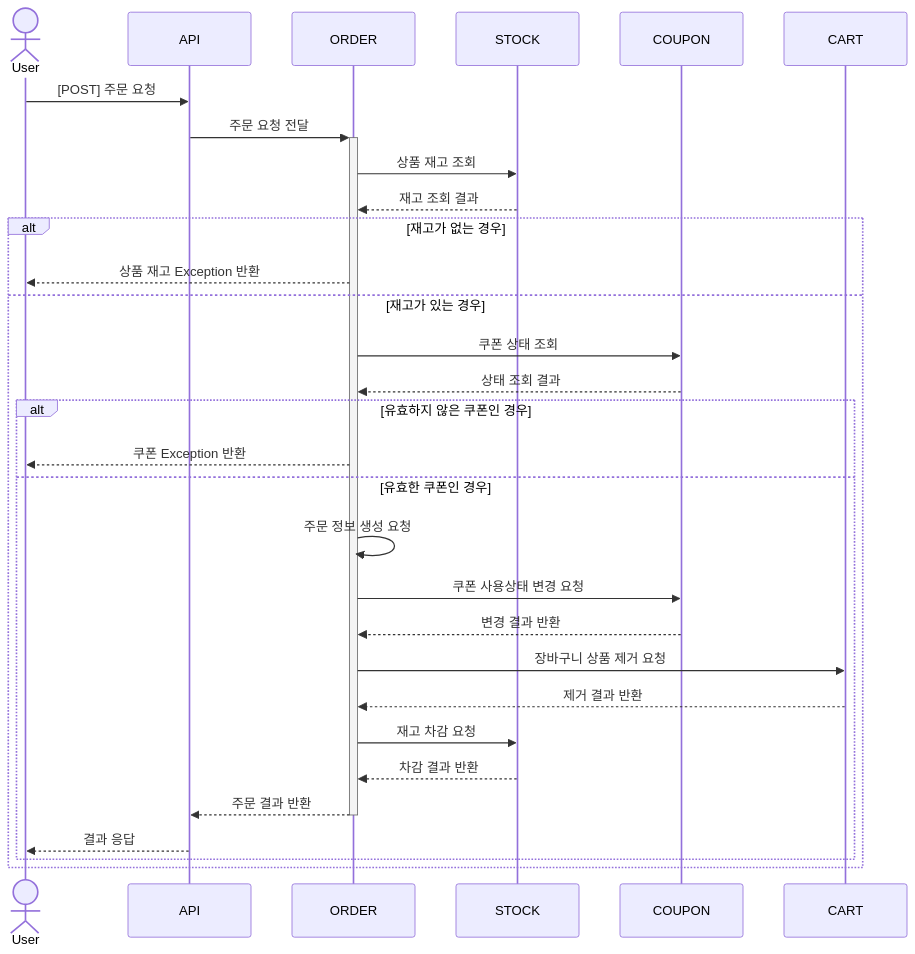
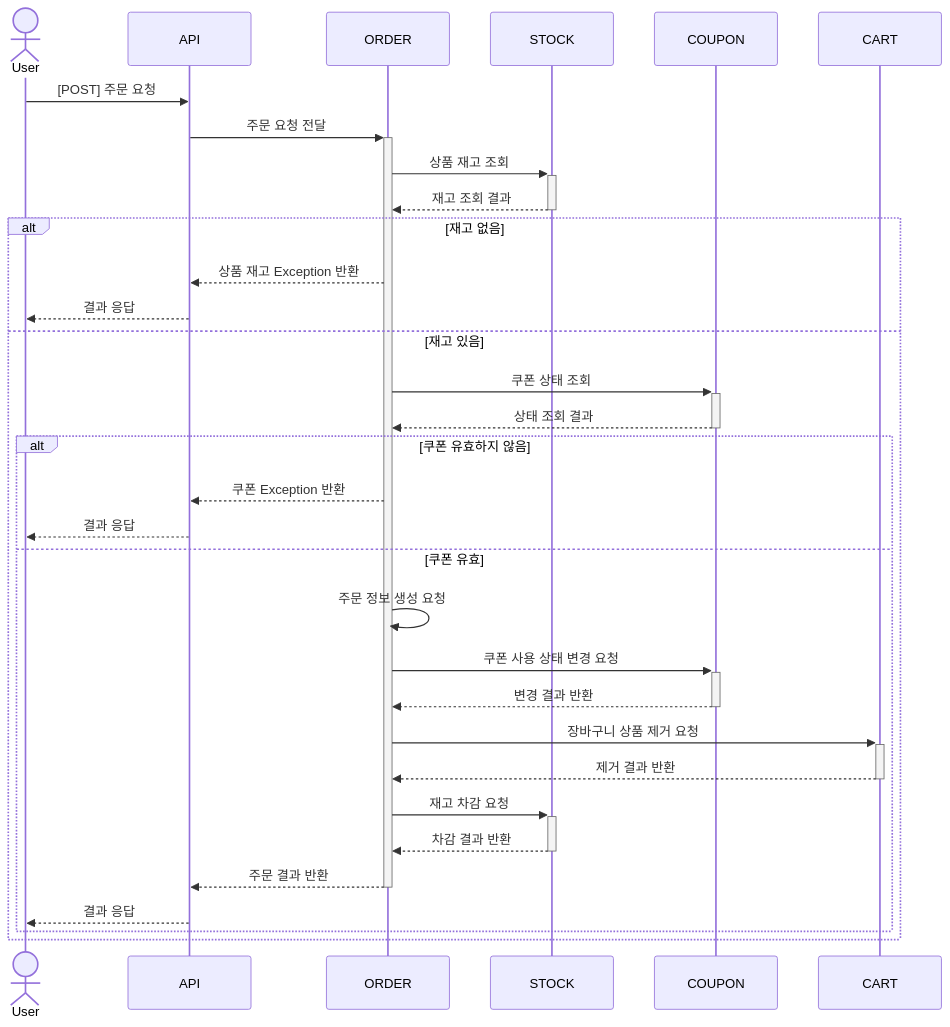
The fifth of 7 diagrams in docs/SequenceDiagram.md (hyunn12/e-commerce), drawn with Mermaid before and after one commit. The commit also changed other lines of this file, not shown here.

Commit message:
docs: 시퀀스 다이어그램 activation bar 수정

````diff
--- a/docs/SequenceDiagram.md
+++ b/docs/SequenceDiagram.md
@@ -85,30 +85,38 @@
 ```mermaid
 sequenceDiagram
     actor User
 
     User->>API: [POST] 주문 요청
     API->>+ORDER: 주문 요청 전달
-    ORDER->>STOCK: 상품 재고 조회
-    STOCK-->>ORDER: 재고 조회 결과
-    
-    alt 재고가 없는 경우
-        ORDER-->>User: 상품 재고 Exception 반환
-    else 재고가 있는 경우
-        ORDER->>COUPON: 쿠폰 상태 조회
-        COUPON-->>ORDER: 상태 조회 결과
-        alt 유효하지 않은 쿠폰인 경우
-            ORDER-->>User: 쿠폰 Exception 반환
-        else 유효한 쿠폰인 경우
+
+    ORDER->>+STOCK: 상품 재고 조회
+    STOCK-->>-ORDER: 재고 조회 결과
+
+    alt 재고 없음
+        ORDER-->>API: 상품 재고 Exception 반환
+        API-->>User: 결과 응답
+    else 재고 있음
+        ORDER->>+COUPON: 쿠폰 상태 조회
+        COUPON-->>-ORDER: 상태 조회 결과
+
+        alt 쿠폰 유효하지 않음
+            ORDER-->>API: 쿠폰 Exception 반환
+            API-->>User: 결과 응답
+        else 쿠폰 유효
             ORDER->>ORDER: 주문 정보 생성 요청
-            ORDER->>COUPON: 쿠폰 사용상태 변경 요청
-            COUPON-->>ORDER: 변경 결과 반환
-            ORDER->>CART: 장바구니 상품 제거 요청
-            CART-->>ORDER: 제거 결과 반환
-            ORDER->>STOCK: 재고 차감 요청
-            STOCK-->>ORDER: 차감 결과 반환
+            
+            ORDER->>+COUPON: 쿠폰 사용 상태 변경 요청
+            COUPON-->>-ORDER: 변경 결과 반환
+
+            ORDER->>+CART: 장바구니 상품 제거 요청
+            CART-->>-ORDER: 제거 결과 반환
+
+            ORDER->>+STOCK: 재고 차감 요청
+            STOCK-->>-ORDER: 차감 결과 반환
+
             ORDER-->>-API: 주문 결과 반환
             API-->>User: 결과 응답
         end
     end
 
 ```
````
